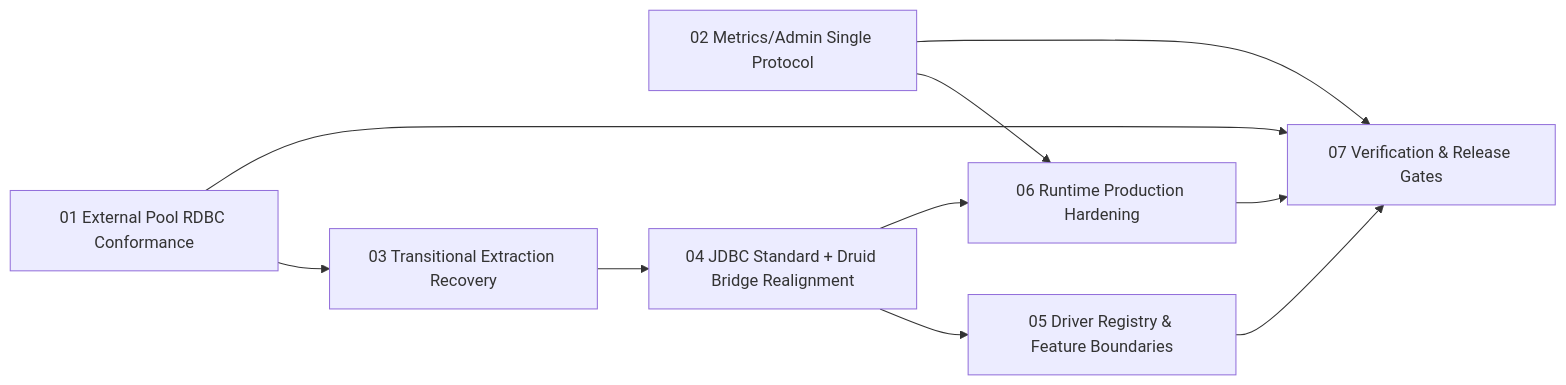
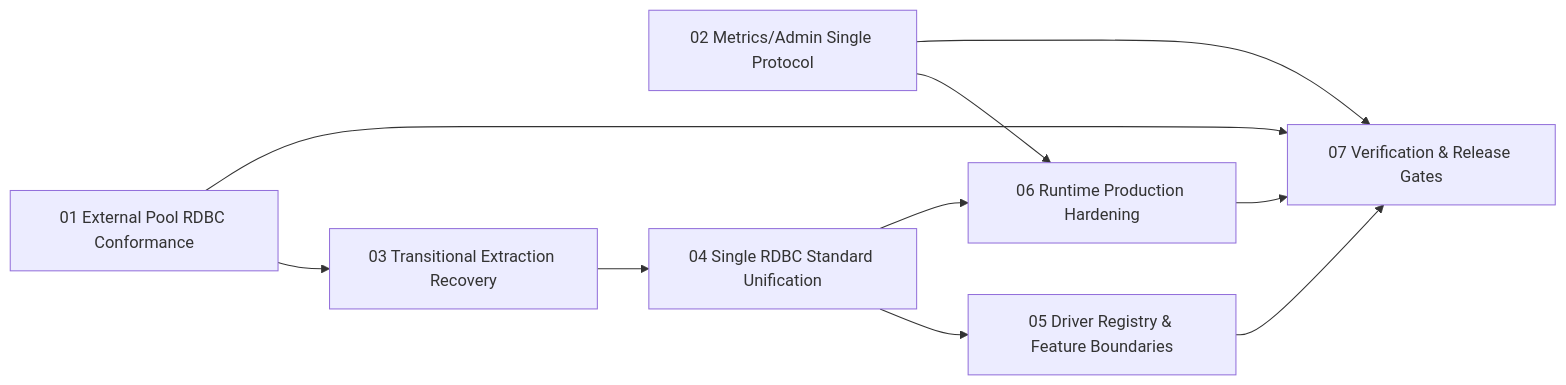
The first of 2 diagrams in docs/superpowers/plans/2026-08-21-rdbc-first-master-roadmap.md (easy-4-rust/druid-rust), drawn with Mermaid before and after one commit. The commit also changed other lines of this file and 17 other files, not shown here.

Commit message:
docs(rdbc): unify integrations under one standard

````diff
--- a/docs/superpowers/plans/2026-08-21-rdbc-first-master-roadmap.md
+++ b/docs/superpowers/plans/2026-08-21-rdbc-first-master-roadmap.md
@@ -28,20 +28,20 @@
 ```mermaid
 flowchart LR
     P01["01 External Pool RDBC Conformance"]
     P02["02 Metrics/Admin Single Protocol"]
     P03["03 Transitional Extraction Recovery"]
-    P04["04 JDBC Standard + Druid Bridge Realignment"]
+    P04["04 Single RDBC Standard Unification"]
     P05["05 Driver Registry & Feature Boundaries"]
     P06["06 Runtime Production Hardening"]
     P07["07 Verification & Release Gates"]
 
     P01 --> P03
     P02 --> P06
     P03 --> P04
     P04 --> P05
     P04 --> P06
     P05 --> P07
     P06 --> P07
     P01 --> P07
     P02 --> P07
 ```
````
